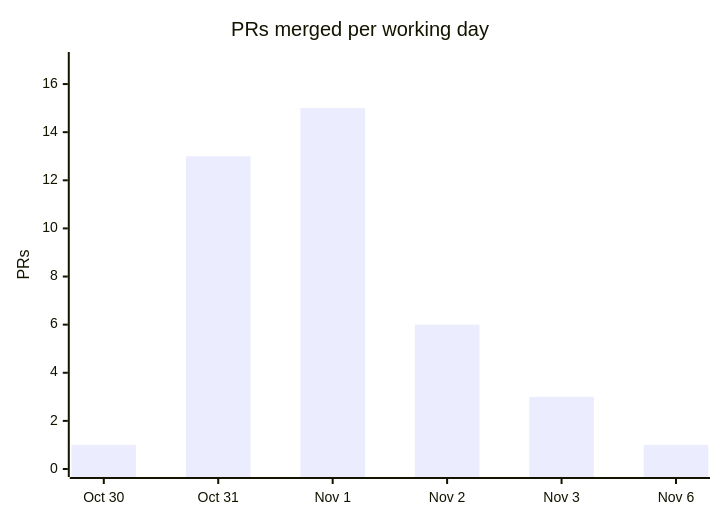
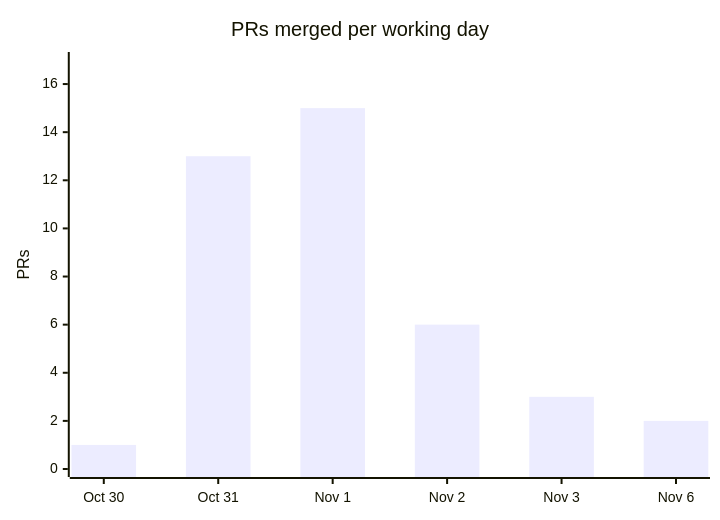
Before and after one commit to cmprssd/nfsh: the fourth of 4 diagrams in docs/OVERVIEW.md, drawn with Mermaid. The commit also changed other lines of this file and 7 other files, not shown here.

````diff
--- a/docs/OVERVIEW.md
+++ b/docs/OVERVIEW.md
@@ -139,7 +139,7 @@
 ```mermaid
 xychart-beta
     title "PRs merged per working day"
     x-axis ["Oct 30", "Oct 31", "Nov 1", "Nov 2", "Nov 3", "Nov 6"]
     y-axis "PRs" 0 --> 17
-    bar [1, 13, 15, 6, 3, 1]
+    bar [1, 13, 15, 6, 3, 2]
 ```
````
